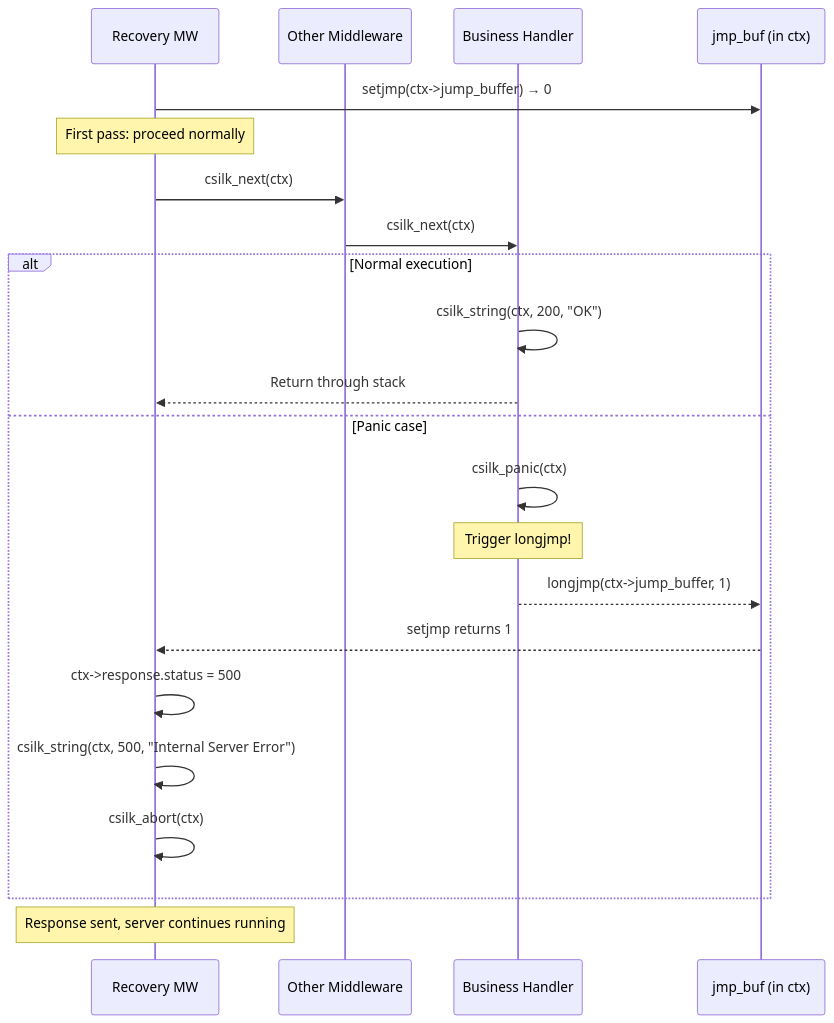
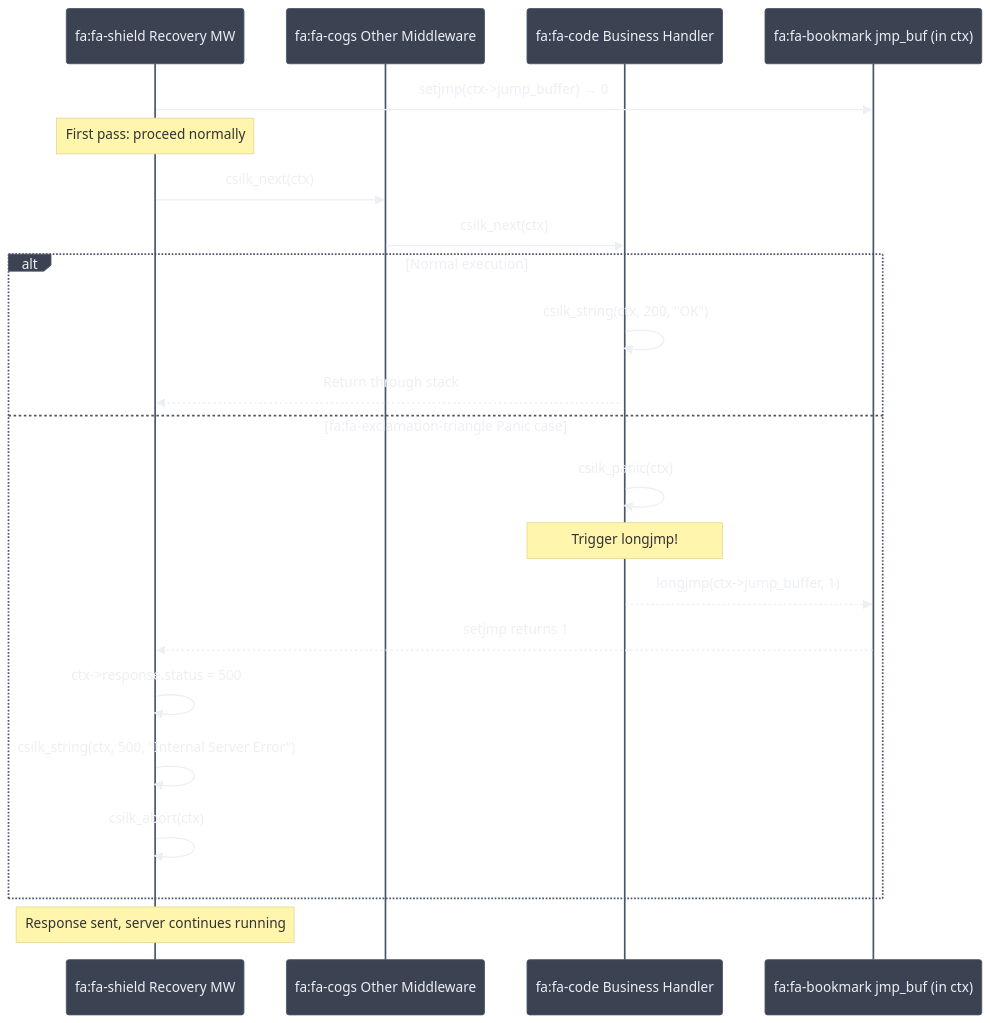
One commit to quintin-lee/csilk changed the sixth of 12 diagrams in docs/architecture.md. Above: the diagram before and after it, drawn with Mermaid. The commit also changed other lines of this file and 30 other files, not shown here.

Commit message:
docs(docs): 📝 apply Nord Mermaid theme, RFC 2119 keywords, and quantified metrics to all docs

````diff
--- a/docs/architecture.md
+++ b/docs/architecture.md
@@ -244,27 +355,48 @@
 ```mermaid
+%%{init: {
+  'theme': 'base',
+  'themeVariables': {
+    'background': '#2E3440',
+    'primaryColor': '#81A1C1',
+    'primaryBorderColor': '#4C566A',
+    'primaryTextColor': '#ECEFF4',
+    'secondaryColor': '#3B4252',
+    'secondaryBorderColor': '#434C5E',
+    'secondaryTextColor': '#D8DEE9',
+    'lineColor': '#81A1C1',
+    'textColor': '#ECEFF4',
+    'mainBkg': '#3B4252',
+    'nodeBorder': '#4C566A',
+    'clusterBkg': '#2E3440',
+    'clusterBorder': '#4C566A',
+    'titleColor': '#ECEFF4',
+    'edgeLabelBackground': '#3B4252',
+    'nodeTextColor': '#ECEFF4'
+  }
+}}%%
 sequenceDiagram
-    participant REC as Recovery MW
-    participant MW as Other Middleware
-    participant H as Business Handler
-    participant JB as jmp_buf (in ctx)
+    participant REC as fa:fa-shield Recovery MW
+    participant MW as fa:fa-cogs Other Middleware
+    participant H as fa:fa-code Business Handler
+    participant JB as fa:fa-bookmark jmp_buf (in ctx)
 
     REC->>JB: setjmp(ctx->jump_buffer) → 0
     Note over REC: First pass: proceed normally
     REC->>MW: csilk_next(ctx)
     MW->>H: csilk_next(ctx)
 
     alt Normal execution
         H->>H: csilk_string(ctx, 200, "OK")
         H-->>REC: Return through stack
-    else Panic case
+    else fa:fa-exclamation-triangle Panic case
         H->>H: csilk_panic(ctx)
         Note over H: Trigger longjmp!
         H-->>JB: longjmp(ctx->jump_buffer, 1)
         JB-->>REC: setjmp returns 1
         REC->>REC: ctx->response.status = 500
         REC->>REC: csilk_string(ctx, 500, "Internal Server Error")
         REC->>REC: csilk_abort(ctx)
     end
 
     Note over REC: Response sent, server continues running
 ```
````
